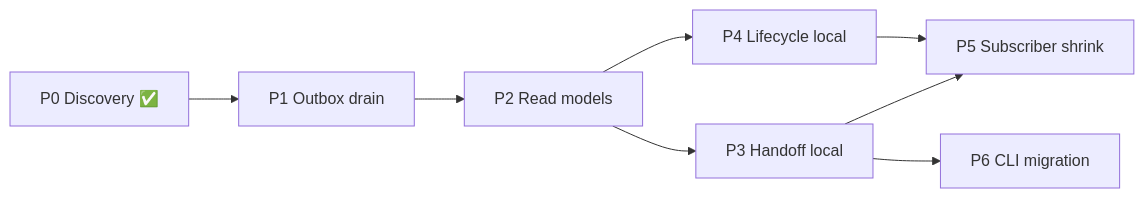
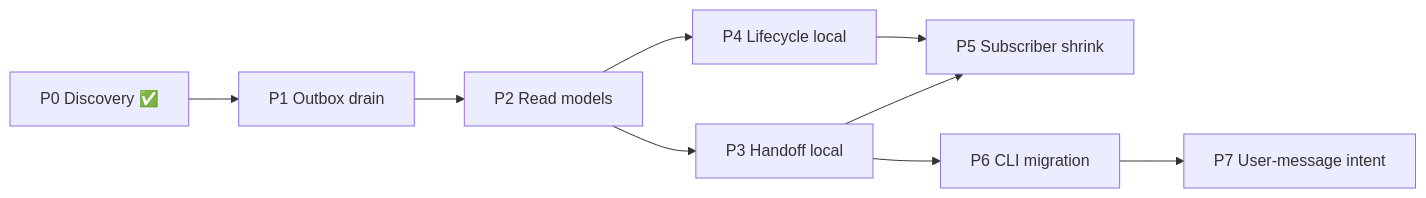
The diagram in docs/plans/daemon-centric-orchestration/phases/README.md (conradkoh/chatroom), drawn with Mermaid before and after one commit. The commit also changed other lines of this file and 1 other file, not shown here.

````diff
--- a/docs/plans/daemon-centric-orchestration/phases/README.md
+++ b/docs/plans/daemon-centric-orchestration/phases/README.md
@@ -22,10 +23,11 @@
 ```mermaid
 flowchart LR
     P0[P0 Discovery ✅] --> P1[P1 Outbox drain]
     P1 --> P2[P2 Read models]
     P2 --> P3[P3 Handoff local]
     P2 --> P4[P4 Lifecycle local]
     P3 --> P5[P5 Subscriber shrink]
     P4 --> P5
     P3 --> P6[P6 CLI migration]
+    P6 --> P7[P7 User-message intent]
 ```
````
